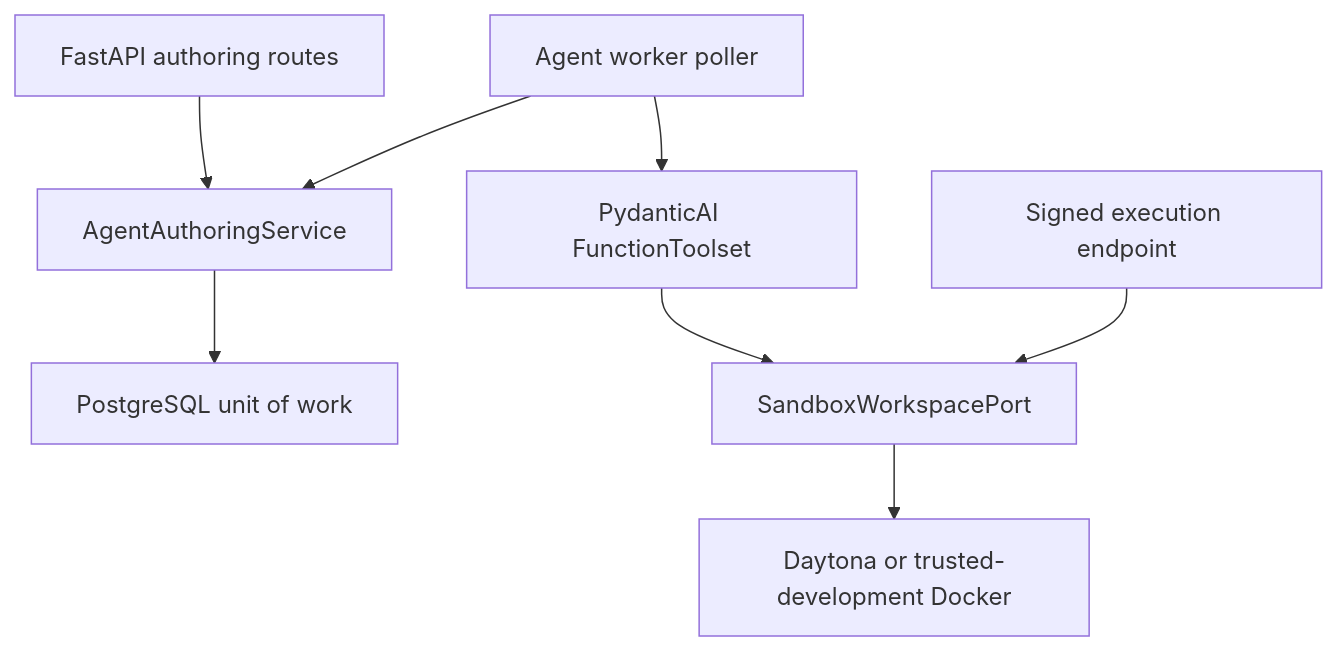
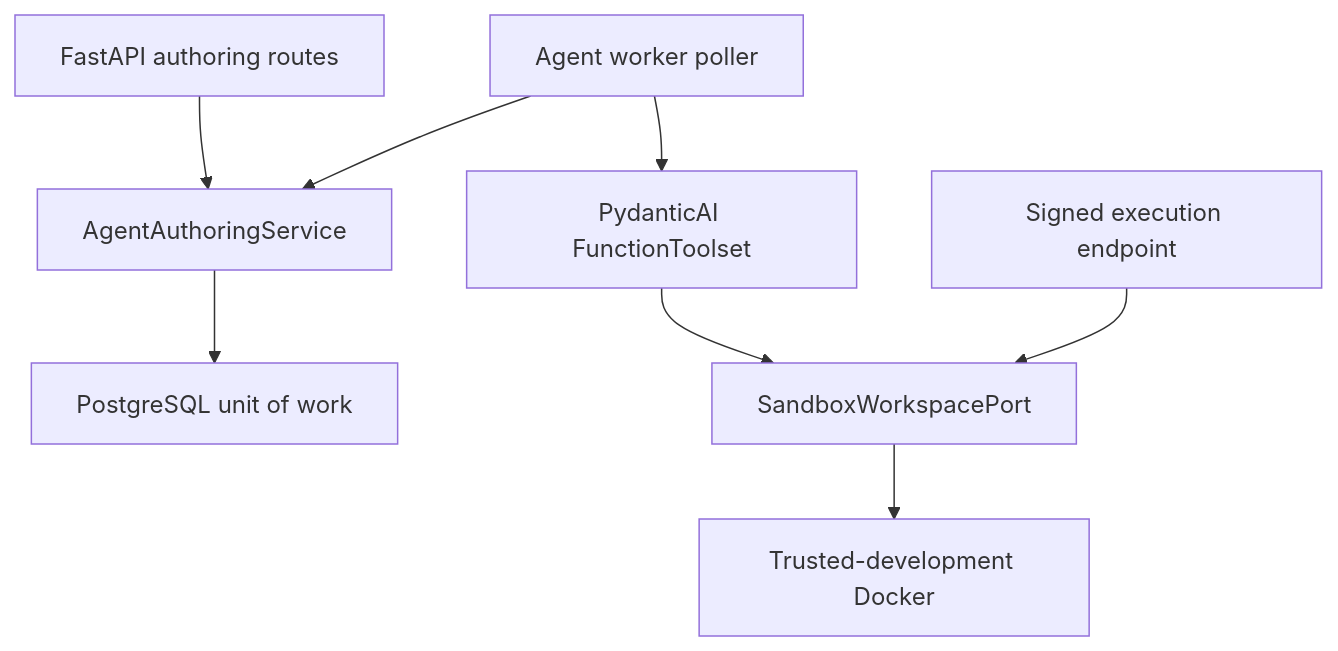
One commit to artpods56/grafY changed the fifth of 5 diagrams in docs/design/agent-authored-nodes.md. Above: the diagram before and after it, drawn with Mermaid. The commit also changed other lines of this file and 49 other files, not shown here.

````diff
--- a/docs/design/agent-authored-nodes.md
+++ b/docs/design/agent-authored-nodes.md
@@ -334,10 +333,10 @@
 ```mermaid
 flowchart TB
     HTTP["FastAPI authoring routes"] --> Service["AgentAuthoringService"]
     Poller["Agent worker poller"] --> Service
     Service --> UoW["PostgreSQL unit of work"]
     Poller --> PAI["PydanticAI FunctionToolset"]
     PAI --> SandboxPort["SandboxWorkspacePort"]
     Executor["Signed execution endpoint"] --> SandboxPort
-    SandboxPort --> Providers["Daytona or trusted-development Docker"]
+    SandboxPort --> Providers["Trusted-development Docker"]
 ```
````
